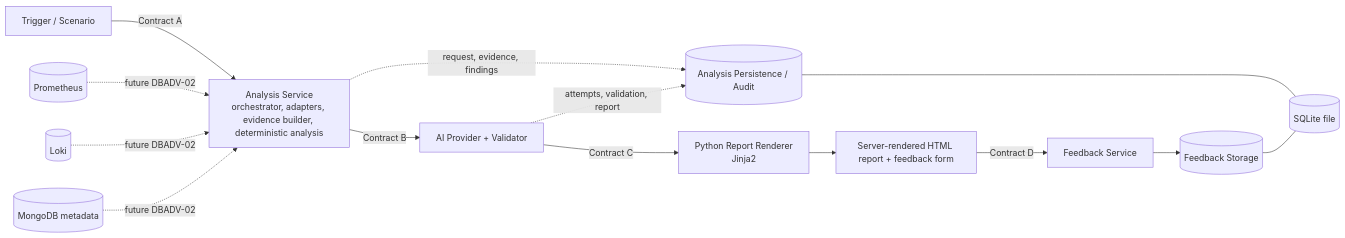
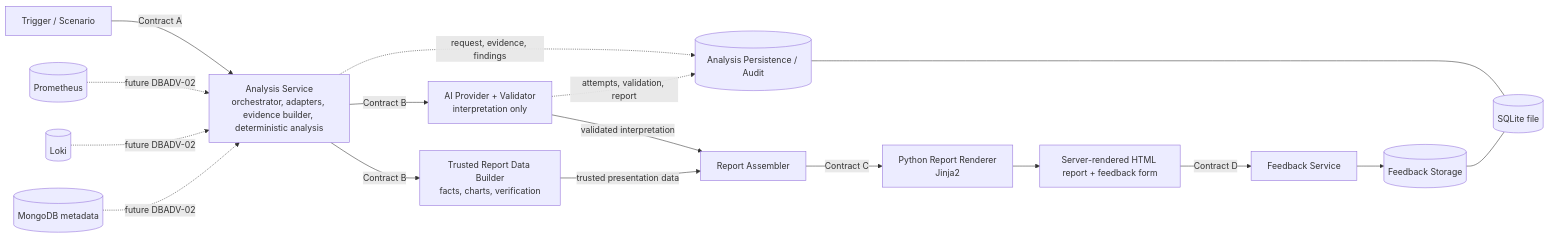
The diagram in docs/ARCHITECTURE.md (atulksingh011/db-reliability-advisor), drawn with Mermaid before and after one commit. The commit also changed other lines of this file and 37 other files, not shown here.

First line of the commit message:
refactor: keep trusted report data outside AI ownership (#2)

````diff
--- a/docs/ARCHITECTURE.md
+++ b/docs/ARCHITECTURE.md
@@ -5,16 +5,19 @@
 ```mermaid
 flowchart LR
     T[Trigger / Scenario] -->|Contract A| AS[Analysis Service<br/>orchestrator, adapters, evidence builder, deterministic analysis]
-    AS -->|Contract B| AI[AI Provider + Validator]
+    AS -->|Contract B| AI[AI Provider + Validator<br/>interpretation only]
+    AS -->|Contract B| TB[Trusted Report Data Builder<br/>facts, charts, verification]
     AS -. request, evidence, findings .-> AP[(Analysis Persistence / Audit)]
-    AI -->|Contract C| RR[Python Report Renderer<br/>Jinja2]
+    AI -->|validated interpretation| RA[Report Assembler]
+    TB -->|trusted presentation data| RA
+    RA -->|Contract C| RR[Python Report Renderer<br/>Jinja2]
     AI -. attempts, validation, report .-> AP
     RR --> HTML[Server-rendered HTML report + feedback form]
     HTML -->|Contract D| FS[Feedback Service]
     FS --> FP[(Feedback Storage)]
     AP --- DB[(SQLite file)]
     FP --- DB
     PR[(Prometheus)] -. future DBADV-02 .-> AS
     LO[(Loki)] -. future DBADV-02 .-> AS
     MO[(MongoDB metadata)] -. future DBADV-02 .-> AS
 ```
````
